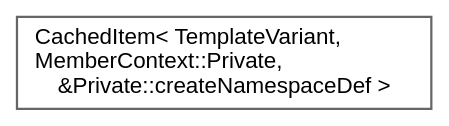
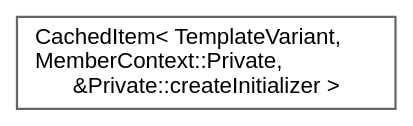
The diagram in inherit_graph_181.dot (skyrich62/doxygen), drawn with Graphviz before and after one commit. The commit also changed 11221 other files, not shown here.

```diff
--- a/inherit_graph_181.dot
+++ b/inherit_graph_181.dot
@@ -1,10 +1,10 @@
 digraph "Graphical Class Hierarchy"
 {
  // INTERACTIVE_SVG=YES
  // LATEX_PDF_SIZE
   bgcolor="transparent";
   edge [fontname=Helvetica,fontsize=10,labelfontname=Helvetica,labelfontsize=10];
   node [fontname=Helvetica,fontsize=10,shape=box,height=0.2,width=0.4];
   rankdir="LR";
-  Node0 [label="CachedItem\< TemplateVariant,\l MemberContext::Private,\l &Private::createNamespaceDef \>",height=0.2,width=0.4,color="grey40", fillcolor="white", style="filled",URL="$d7/dc1/class_cached_item.html",tooltip=" "];
+  Node0 [label="CachedItem\< TemplateVariant,\l MemberContext::Private,\l &Private::createInitializer \>",height=0.2,width=0.4,color="grey40", fillcolor="white", style="filled",URL="$d7/dc1/class_cached_item.html",tooltip=" "];
 }
```
